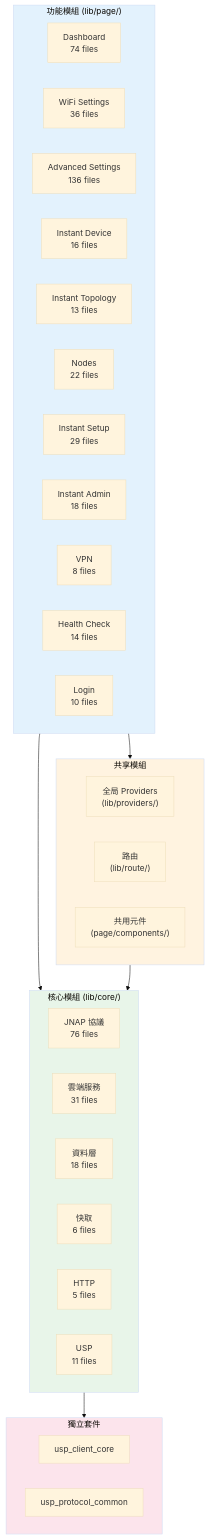
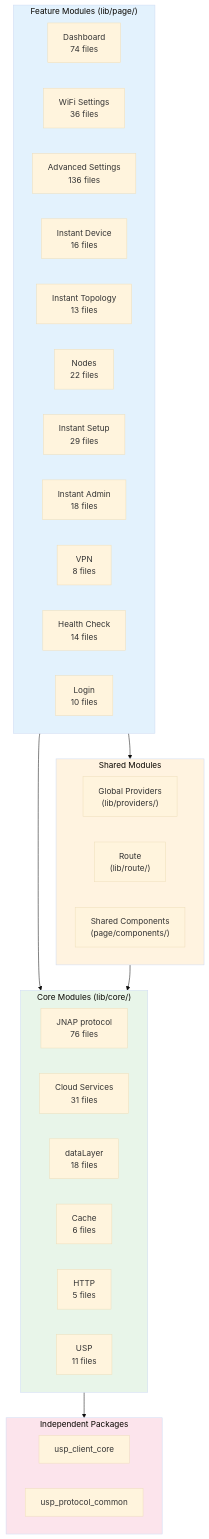
One commit to linksys/PrivacyGUI changed the third of 12 diagrams in doc/architecture_analysis_2026-01-16.md. Above: the diagram before and after it, drawn with Mermaid (base theme). The commit also changed other lines of this file and 58 other files, not shown here.

````diff
--- a/doc/architecture_analysis_2026-01-16.md
+++ b/doc/architecture_analysis_2026-01-16.md
@@ -196,46 +196,46 @@
 ```mermaid
 graph TB
-    subgraph CoreModules["核心模組 (lib/core/)"]
-        JNAP["JNAP 協議<br/>76 files"]
-        Cloud["雲端服務<br/>31 files"]
-        Data["資料層<br/>18 files"]
-        Cache["快取<br/>6 files"]
+    subgraph CoreModules["Core Modules (lib/core/)"]
+        JNAP["JNAP protocol<br/>76 files"]
+        Cloud["Cloud Services<br/>31 files"]
+        Data["dataLayer<br/>18 files"]
+        Cache["Cache<br/>6 files"]
         HTTP["HTTP<br/>5 files"]
         USP["USP<br/>11 files"]
     end
     
-    subgraph FeatureModules["功能模組 (lib/page/)"]
+    subgraph FeatureModules["Feature Modules (lib/page/)"]
         Dashboard["Dashboard<br/>74 files"]
         WiFi["WiFi Settings<br/>36 files"]
         Advanced["Advanced Settings<br/>136 files"]
         Device["Instant Device<br/>16 files"]
         Topology["Instant Topology<br/>13 files"]
         Nodes["Nodes<br/>22 files"]
         Setup["Instant Setup<br/>29 files"]
         Admin["Instant Admin<br/>18 files"]
         VPN["VPN<br/>8 files"]
         Health["Health Check<br/>14 files"]
         Login["Login<br/>10 files"]
     end
     
-    subgraph SharedModules["共享模組"]
-        GlobalProviders["全局 Providers<br/>(lib/providers/)"]
-        Route["路由<br/>(lib/route/)"]
-        Components["共用元件<br/>(page/components/)"]
+    subgraph SharedModules["Shared Modules"]
+        GlobalProviders["Global Providers<br/>(lib/providers/)"]
+        Route["Route<br/>(lib/route/)"]
+        Components["Shared Components<br/>(page/components/)"]
     end
     
-    subgraph Packages["獨立套件"]
+    subgraph Packages["Independent Packages"]
         UspClient["usp_client_core"]
         UspCommon["usp_protocol_common"]
     end
     
     FeatureModules --> CoreModules
     FeatureModules --> SharedModules
     SharedModules --> CoreModules
     CoreModules --> Packages
     
     style CoreModules fill:#e8f5e9
     style FeatureModules fill:#e3f2fd
     style SharedModules fill:#fff3e0
     style Packages fill:#fce4ec
 ```
````
